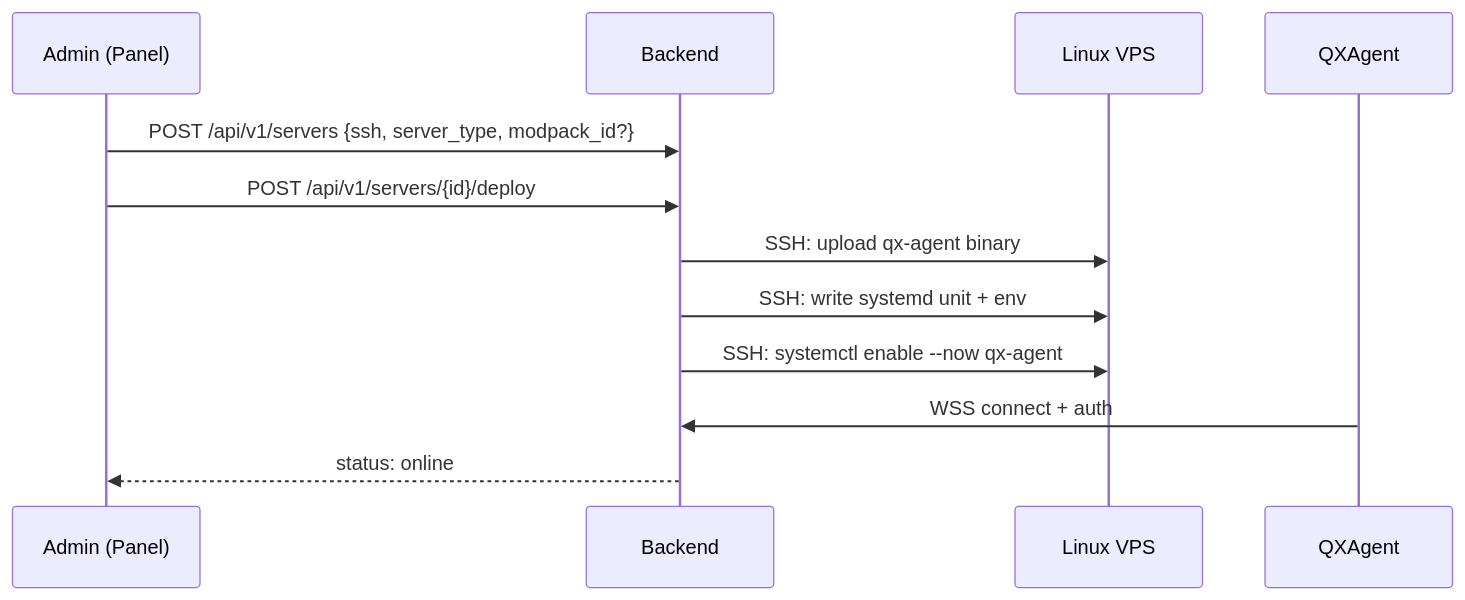
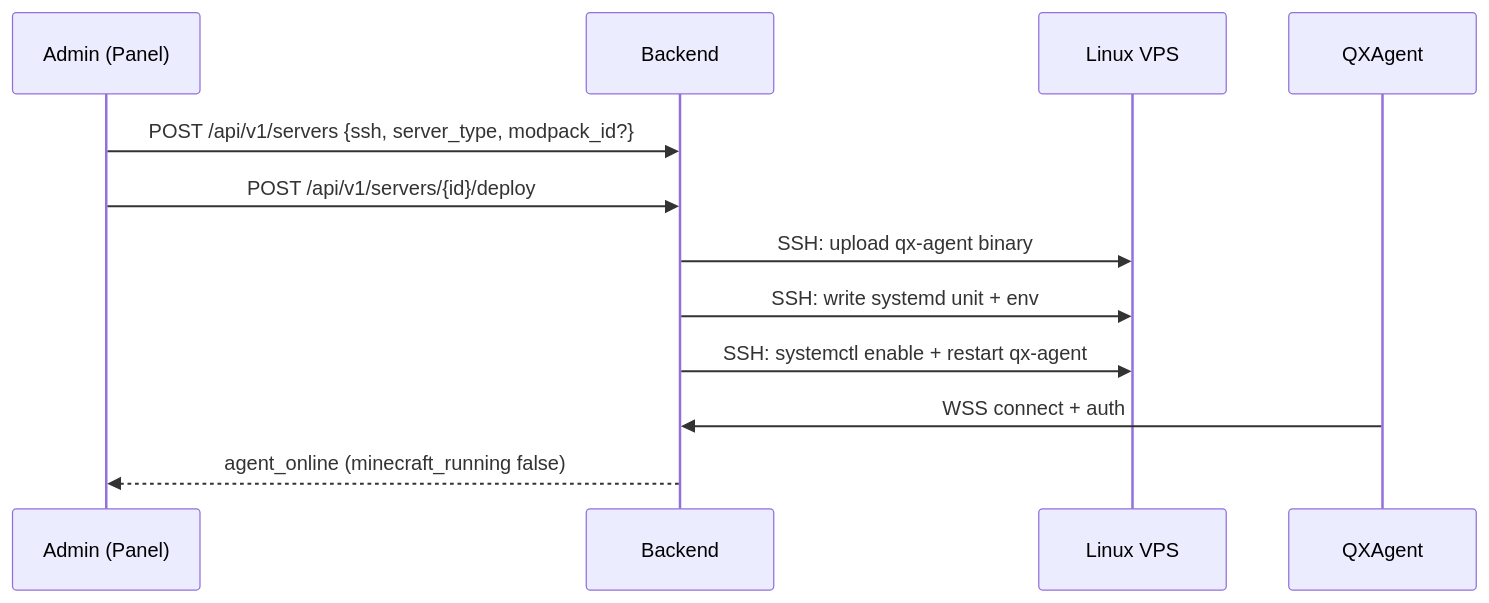
One commit to mindevis/qx-project changed the first of 2 diagrams in docs/agent-protocol.md. Above: the diagram before and after it, drawn with Mermaid. The commit also changed other lines of this file and 92 other files, not shown here.

First line of the commit message:
Complete MVP alpha: Flow C fixes, dev VPS, and docs

````diff
--- a/docs/agent-protocol.md
+++ b/docs/agent-protocol.md
@@ -30,15 +30,15 @@
 ```mermaid
 sequenceDiagram
     participant U as Admin (Panel)
     participant API as Backend
     participant VPS as Linux VPS
     participant A as QXAgent
 
     U->>API: POST /api/v1/servers {ssh, server_type, modpack_id?}
     U->>API: POST /api/v1/servers/{id}/deploy
     API->>VPS: SSH: upload qx-agent binary
     API->>VPS: SSH: write systemd unit + env
-    API->>VPS: SSH: systemctl enable --now qx-agent
+    API->>VPS: SSH: systemctl enable + restart qx-agent
     A->>API: WSS connect + auth
-    API-->>U: status: online
+    API-->>U: agent_online (minecraft_running false)
 ```
````
